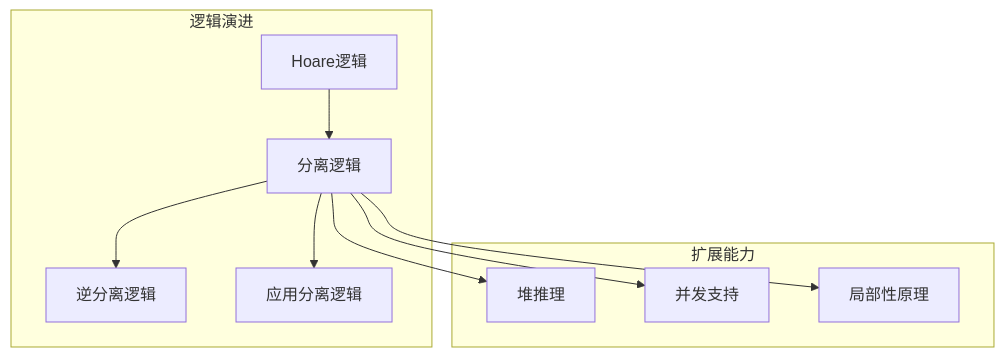
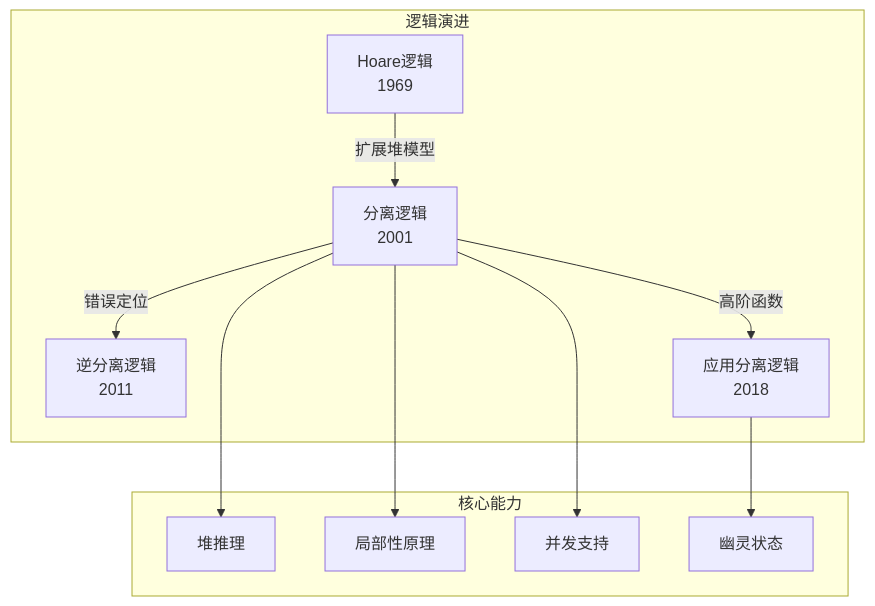
One commit to AdaMartin18010/AnalysisDataFlow changed the first of 6 diagrams in formal-methods/05-verification/01-logic/03-separation-logic.md. Above: the diagram before and after it, drawn with Mermaid. The commit also changed other lines of this file and 46 other files, not shown here.

````diff
--- a/formal-methods/05-verification/01-logic/03-separation-logic.md
+++ b/formal-methods/05-verification/01-logic/03-separation-logic.md
@@ -81,22 +128,24 @@
 ```mermaid
 graph TB
     subgraph 逻辑演进
-        Hoare[Hoare逻辑]
-        Separation[分离逻辑]
-        ISL[逆分离逻辑]
-        ASL[应用分离逻辑]
+        Hoare[Hoare逻辑<br/>1969]
+        Separation[分离逻辑<br/>2001]
+        ISL[逆分离逻辑<br/>2011]
+        ASL[应用分离逻辑<br/>2018]
     end
 
-    subgraph 扩展能力
+    subgraph 核心能力
         Heap[堆推理]
+        Frame[局部性原理]
         Concurrency[并发支持]
-        Frame[局部性原理]
+        Ghost[幽灵状态]
     end
 
-    Hoare --> Separation
-    Separation --> ISL
-    Separation --> ASL
+    Hoare --> |扩展堆模型| Separation
+    Separation --> |错误定位| ISL
+    Separation --> |高阶函数| ASL
     Separation --> Heap
+    Separation --> Frame
     Separation --> Concurrency
-    Separation --> Frame
+    ASL --> Ghost
 ```
````
